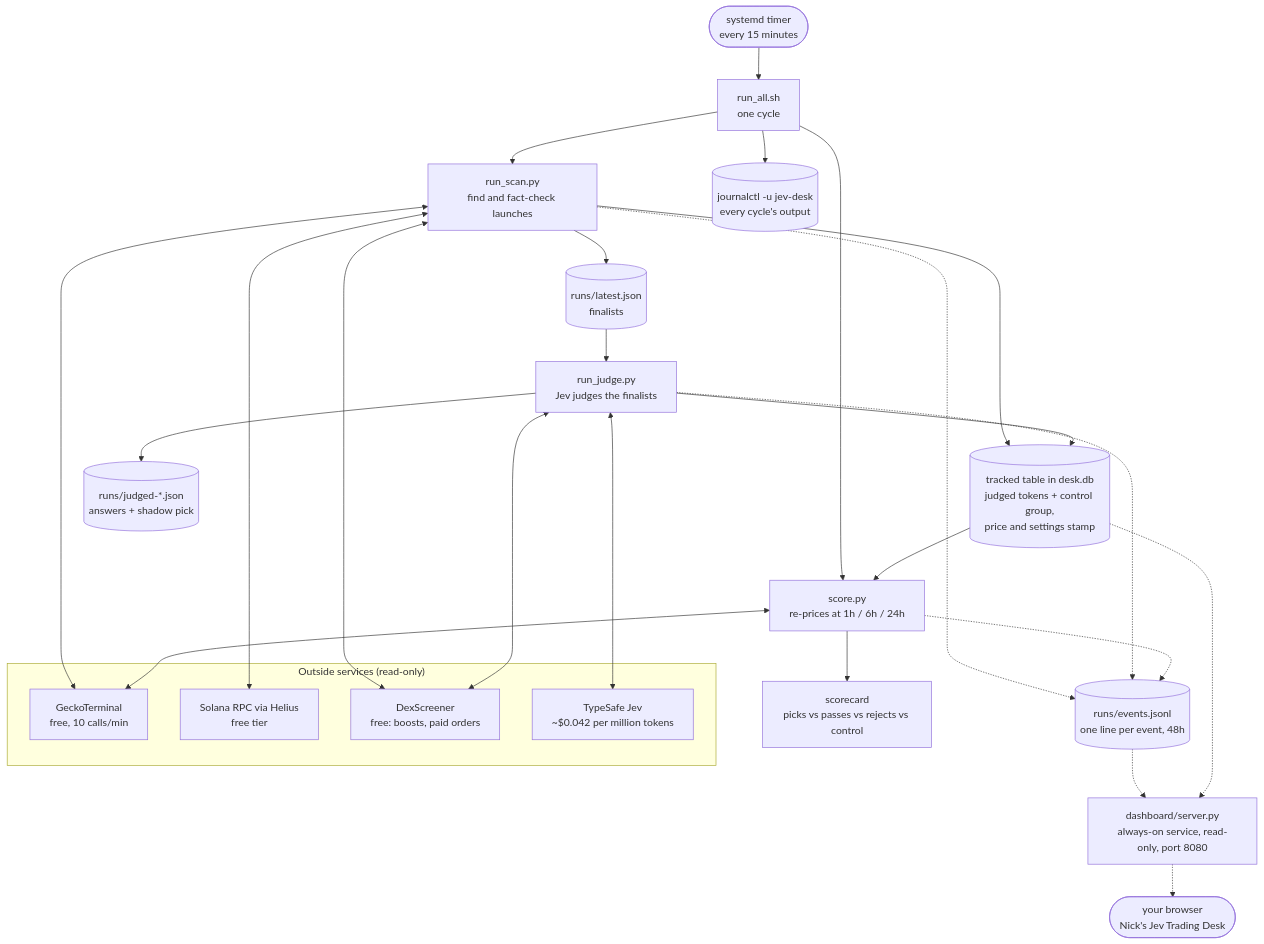
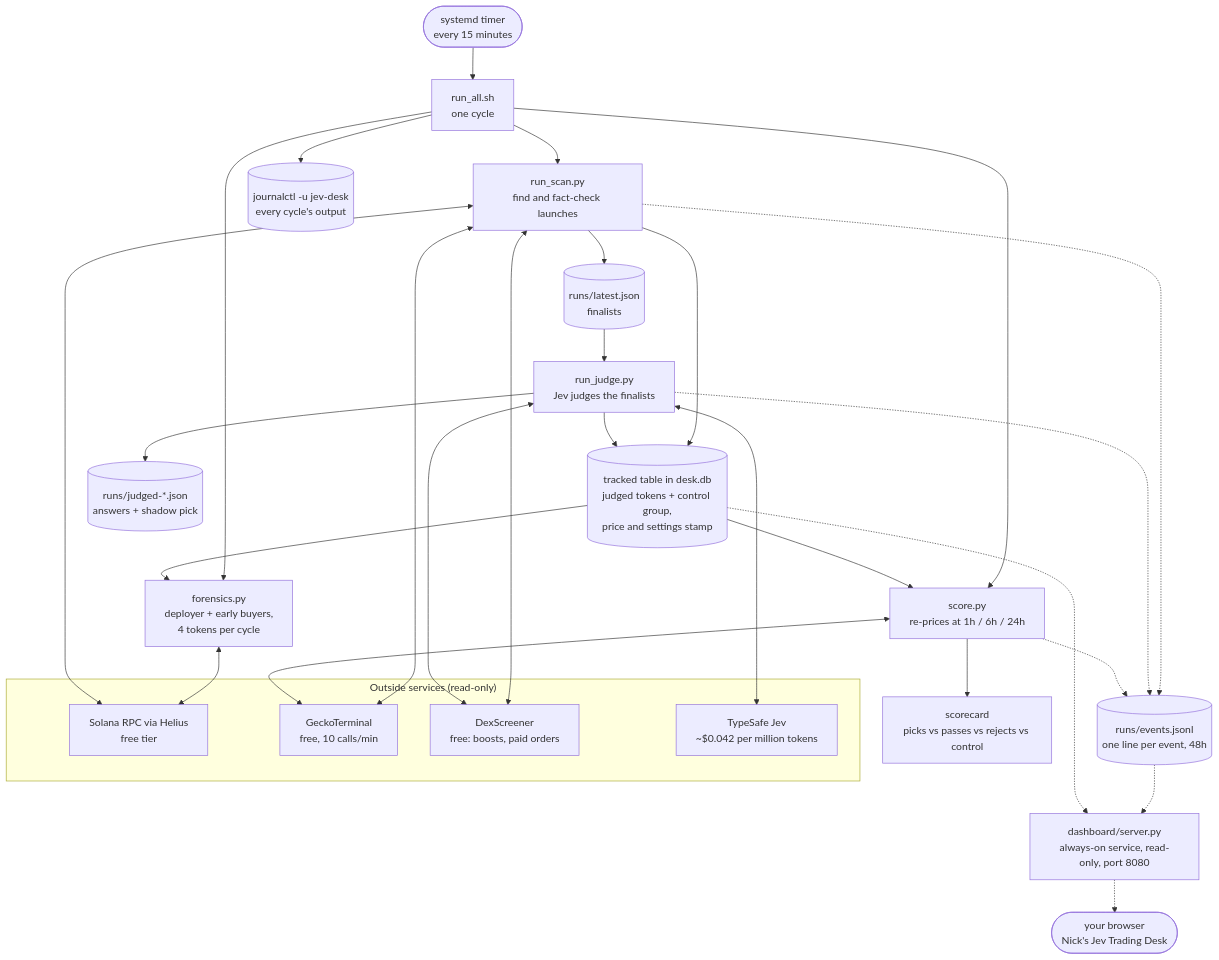
The first of 11 diagrams in ARCHITECTURE.md (NickHammer/jev-desk), drawn with Mermaid before and after one commit. The commit also changed other lines of this file and 8 other files, not shown here.

First line of the commit message:
Chain forensics as the last cycle step (signals only)

````diff
--- a/ARCHITECTURE.md
+++ b/ARCHITECTURE.md
@@ -11,32 +11,35 @@
 ```mermaid
 flowchart TD
     timer(["systemd timer<br/>every 15 minutes"])
     timer --> cycle["run_all.sh<br/>one cycle"]
     cycle --> scan["run_scan.py<br/>find and fact-check launches"]
     scan --> latest[("runs/latest.json<br/>finalists")]
     scan --> tracked
     latest --> judgeRun["run_judge.py<br/>Jev judges the finalists"]
     judgeRun --> judged[("runs/judged-*.json<br/>answers + shadow pick")]
     judgeRun --> tracked[("tracked table in desk.db<br/>judged tokens + control group,<br/>price and settings stamp")]
     cycle --> scoreRun["score.py<br/>re-prices at 1h / 6h / 24h"]
+    cycle --> forRun["forensics.py<br/>deployer + early buyers,<br/>4 tokens per cycle"]
+    tracked --> forRun
+    forRun <--> rpc
     tracked --> scoreRun
     scoreRun --> card["scorecard<br/>picks vs passes vs rejects vs control"]
     cycle --> logs[("journalctl -u jev-desk<br/>every cycle's output")]
     scan & judgeRun & scoreRun -.-> ev[("runs/events.jsonl<br/>one line per event, 48h")]
     ev -.-> dash["dashboard/server.py<br/>always-on service, read-only, port 8080"]
     tracked -.-> dash
     dash -.-> browser(["your browser<br/>Nick's Jev Trading Desk"])
 
     subgraph ext["Outside services (read-only)"]
         gt["GeckoTerminal<br/>free, 10 calls/min"]
         rpc["Solana RPC via Helius<br/>free tier"]
         dsx["DexScreener<br/>free: boosts, paid orders"]
         jev["TypeSafe Jev<br/>~$0.042 per million tokens"]
     end
 
     scan <--> gt
     scan <--> rpc
     scan & judgeRun <--> dsx
     judgeRun <--> jev
     scoreRun <--> gt
 ```
````
